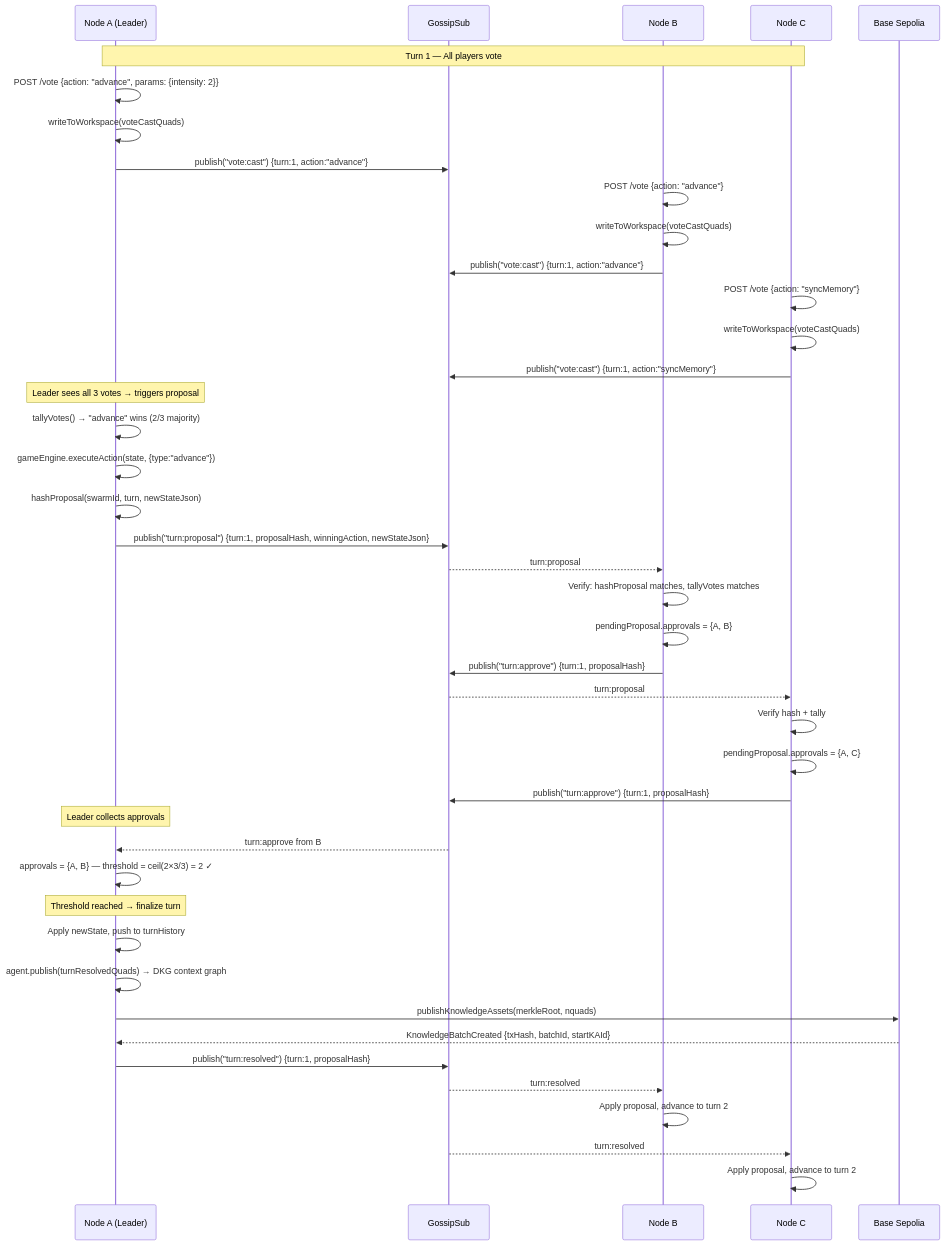
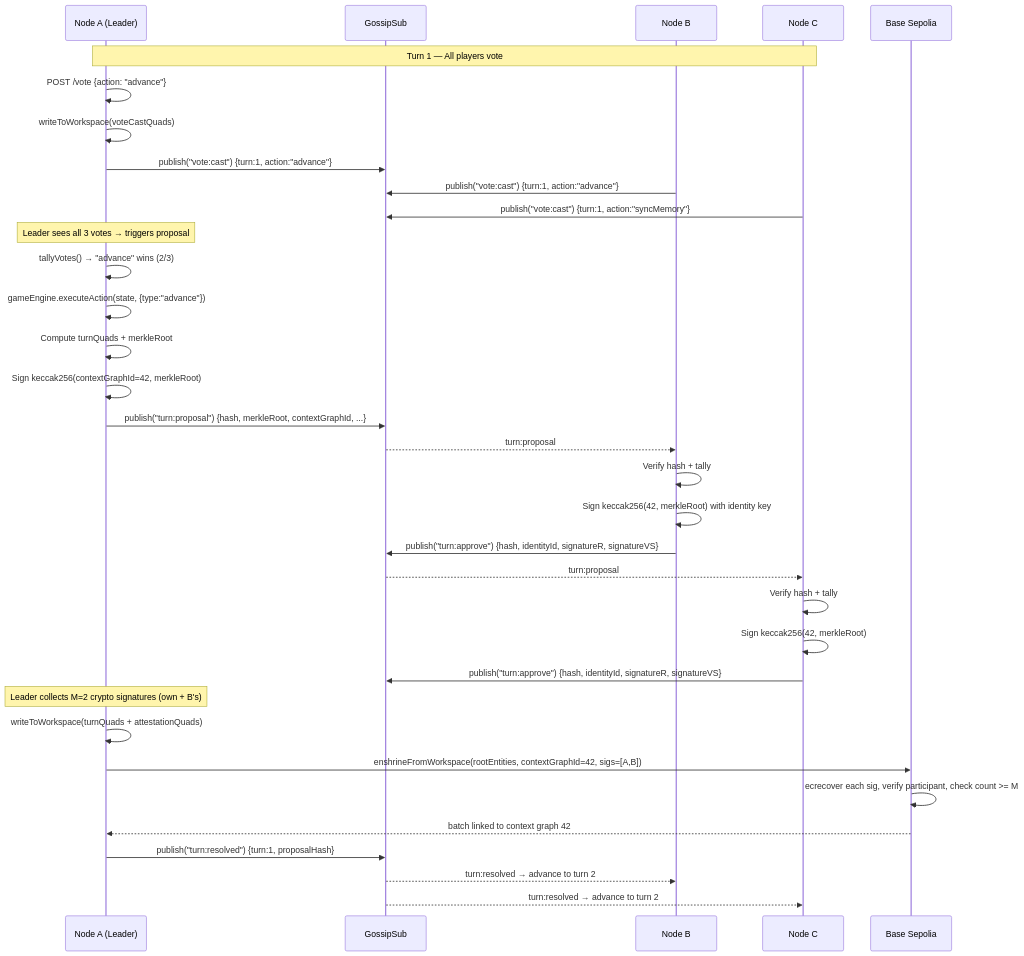
One commit to OriginTrail/dkg changed the fifth of 8 diagrams in docs/origintrail-game.md. Above: the diagram before and after it, drawn with Mermaid. The commit also changed other lines of this file and 16 other files, not shown here.

First line of the commit message:
feat: selectiveDisclosureMerkleRoot in contracts, game context graph integration, devnet improvements

````diff
--- a/docs/origintrail-game.md
+++ b/docs/origintrail-game.md
@@ -87,58 +209,46 @@
 ```mermaid
 sequenceDiagram
     participant A as Node A (Leader)
     participant GS as GossipSub
     participant B as Node B
     participant C as Node C
     participant Chain as Base Sepolia
 
     Note over A,C: Turn 1 — All players vote
 
-    A->>A: POST /vote {action: "advance", params: {intensity: 2}}
+    A->>A: POST /vote {action: "advance"}
     A->>A: writeToWorkspace(voteCastQuads)
     A->>GS: publish("vote:cast") {turn:1, action:"advance"}
 
-    B->>B: POST /vote {action: "advance"}
-    B->>B: writeToWorkspace(voteCastQuads)
     B->>GS: publish("vote:cast") {turn:1, action:"advance"}
-
-    C->>C: POST /vote {action: "syncMemory"}
-    C->>C: writeToWorkspace(voteCastQuads)
     C->>GS: publish("vote:cast") {turn:1, action:"syncMemory"}
 
     Note over A: Leader sees all 3 votes → triggers proposal
 
-    A->>A: tallyVotes() → "advance" wins (2/3 majority)
+    A->>A: tallyVotes() → "advance" wins (2/3)
     A->>A: gameEngine.executeAction(state, {type:"advance"})
-    A->>A: hashProposal(swarmId, turn, newStateJson)
-    A->>GS: publish("turn:proposal") {turn:1, proposalHash, winningAction, newStateJson}
+    A->>A: Compute turnQuads + merkleRoot
+    A->>A: Sign keccak256(contextGraphId=42, merkleRoot)
+    A->>GS: publish("turn:proposal") {hash, merkleRoot, contextGraphId, ...}
 
     GS-->>B: turn:proposal
-    B->>B: Verify: hashProposal matches, tallyVotes matches
-    B->>B: pendingProposal.approvals = {A, B}
-    B->>GS: publish("turn:approve") {turn:1, proposalHash}
+    B->>B: Verify hash + tally
+    B->>B: Sign keccak256(42, merkleRoot) with identity key
+    B->>GS: publish("turn:approve") {hash, identityId, signatureR, signatureVS}
 
     GS-->>C: turn:proposal
     C->>C: Verify hash + tally
-    C->>C: pendingProposal.approvals = {A, C}
-    C->>GS: publish("turn:approve") {turn:1, proposalHash}
+    C->>C: Sign keccak256(42, merkleRoot)
+    C->>GS: publish("turn:approve") {hash, identityId, signatureR, signatureVS}
 
-    Note over A: Leader collects approvals
+    Note over A: Leader collects M=2 crypto signatures (own + B's)
 
-    GS-->>A: turn:approve from B
-    A->>A: approvals = {A, B} — threshold = ceil(2×3/3) = 2 ✓
-
-    Note over A: Threshold reached → finalize turn
-
-    A->>A: Apply newState, push to turnHistory
-    A->>A: agent.publish(turnResolvedQuads) → DKG context graph
-    A->>Chain: publishKnowledgeAssets(merkleRoot, nquads)
-    Chain-->>A: KnowledgeBatchCreated {txHash, batchId, startKAId}
+    A->>A: writeToWorkspace(turnQuads + attestationQuads)
+    A->>Chain: enshrineFromWorkspace(rootEntities, contextGraphId=42, sigs=[A,B])
+    Chain->>Chain: ecrecover each sig, verify participant, check count >= M
+    Chain-->>A: batch linked to context graph 42
     A->>GS: publish("turn:resolved") {turn:1, proposalHash}
 
-    GS-->>B: turn:resolved
-    B->>B: Apply proposal, advance to turn 2
-
-    GS-->>C: turn:resolved
-    C->>C: Apply proposal, advance to turn 2
+    GS-->>B: turn:resolved → advance to turn 2
+    GS-->>C: turn:resolved → advance to turn 2
 ```
````
